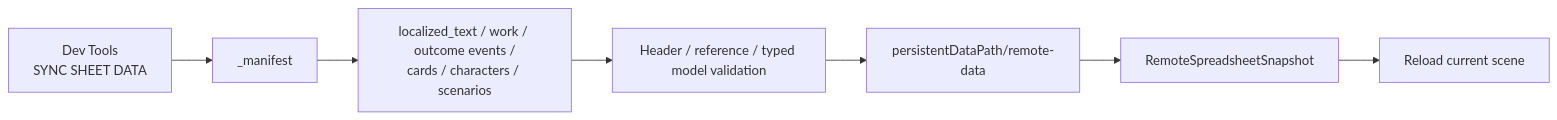
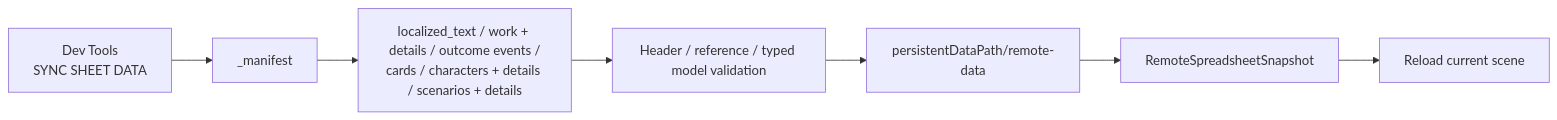
Diagram 14 of 18 in Assets/Specification/Architecture – ProjectW System Overview.md (BaekNothing/ProjectW), drawn with Mermaid before and after one commit. The commit also changed other lines of this file and 10 other files, not shown here.

````diff
--- a/Assets/Specification/Architecture – ProjectW System Overview.md
+++ b/Assets/Specification/Architecture – ProjectW System Overview.md
@@ -610,12 +610,12 @@
 ```mermaid
 flowchart LR
   BTN["Dev Tools\nSYNC SHEET DATA"]
   MAN["_manifest"]
-  CSV["localized_text / work / outcome events /\ncards / characters / scenarios"]
+  CSV["localized_text / work + details / outcome events /\ncards / characters + details / scenarios + details"]
   VAL["Header / reference / typed model validation"]
   CACHE["persistentDataPath/remote-data"]
   SNAP["RemoteSpreadsheetSnapshot"]
   RELOAD["Reload current scene"]
   BTN --> MAN --> CSV --> VAL --> CACHE
   CACHE --> SNAP --> RELOAD
 ```
````
